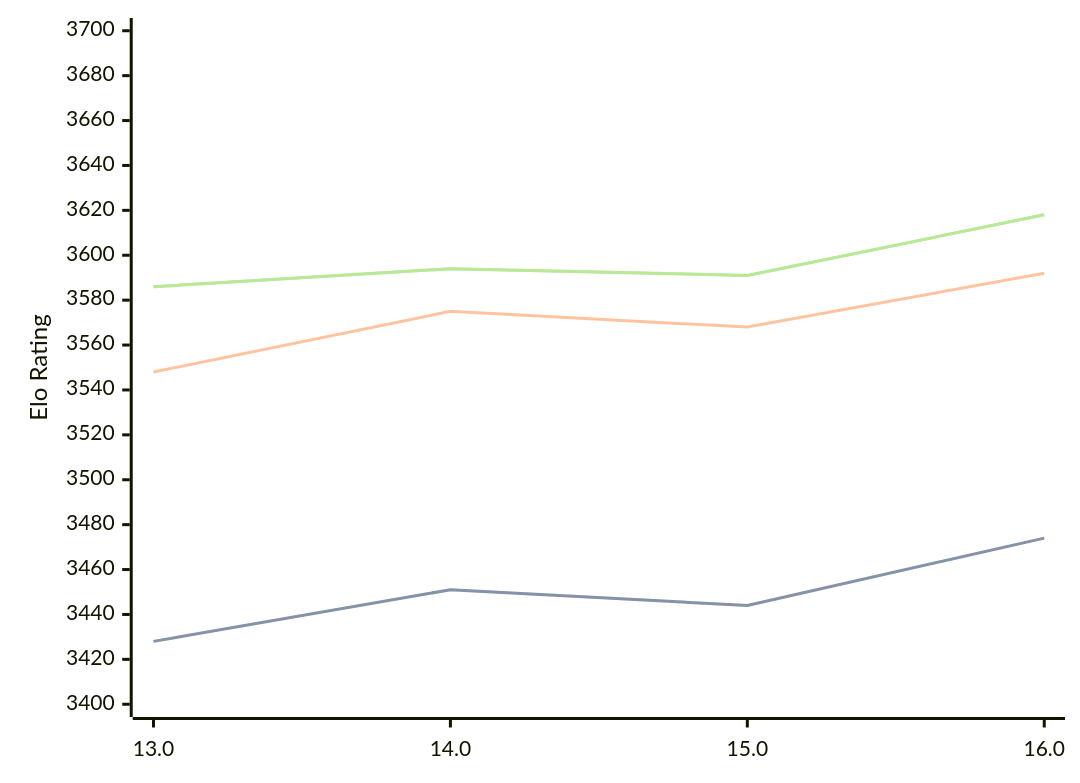
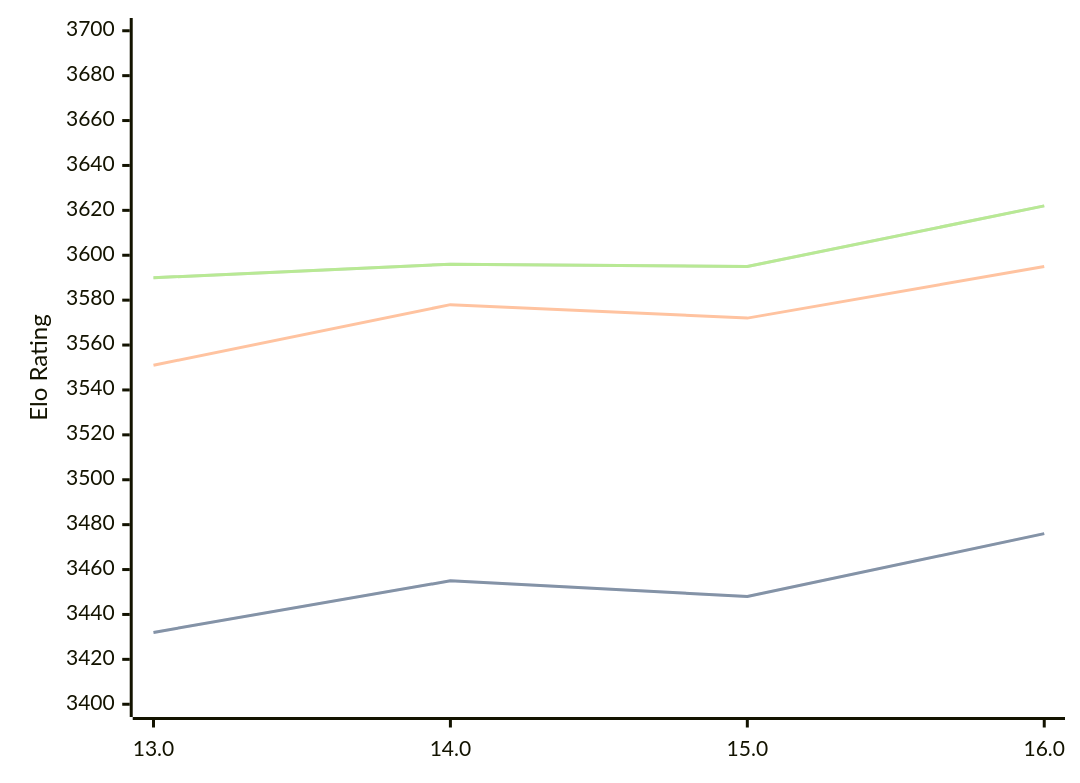
One commit to computer-chess-index/cci changed the diagram in engines/Obsidian.md. Above: the diagram before and after it, drawn with Mermaid. The commit also changed other lines of this file, not shown here.

Commit message:
Update CCI Ratings (ELO VLTC) - 2026-04-30

````diff
--- a/engines/Obsidian.md
+++ b/engines/Obsidian.md
@@ -43,11 +43,11 @@
 ```mermaid
 %%{init: {"theme":"base","themeVariables":{"seriesColors:['#a3a3a3','#222221','#faa371']}}}%%
 xychart-beta
   x-axis ["13.0", "14.0", "15.0", "16.0"]
   y-axis "Elo Rating" 3400 --> 3700
-  line "STC (8.0+0.08s)" [3428, 3451, 3444, 3474]
-  line "STC (8.0+0.08s)" [3428, 3451, 3444, 3474]
-  line "LTC (60.0+0.60s)" [3548, 3575, 3568, 3592]
-  line "VLTC (2m24s+1.12s)" [3586, 3594, 3591, 3618]
-  line "VLTC (2m24s+1.12s)" [3586, 3594, 3591, 3618]
+  line "STC (8.0+0.08s)" [3432, 3455, 3448, 3476]
+  line "STC (8.0+0.08s)" [3432, 3455, 3448, 3476]
+  line "LTC (60.0+0.60s)" [3551, 3578, 3572, 3595]
+  line "VLTC (2m24s+1.12s)" [3590, 3596, 3595, 3622]
+  line "VLTC (2m24s+1.12s)" [3590, 3596, 3595, 3622]
 ```
````
